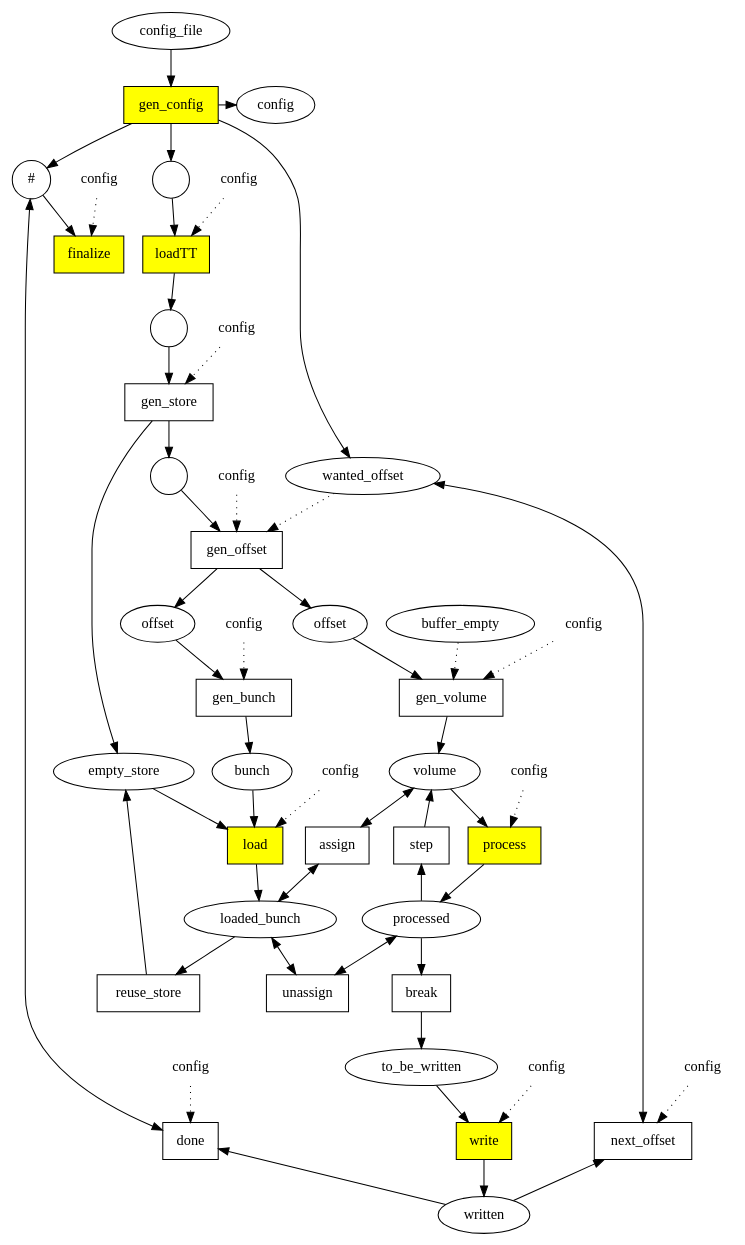
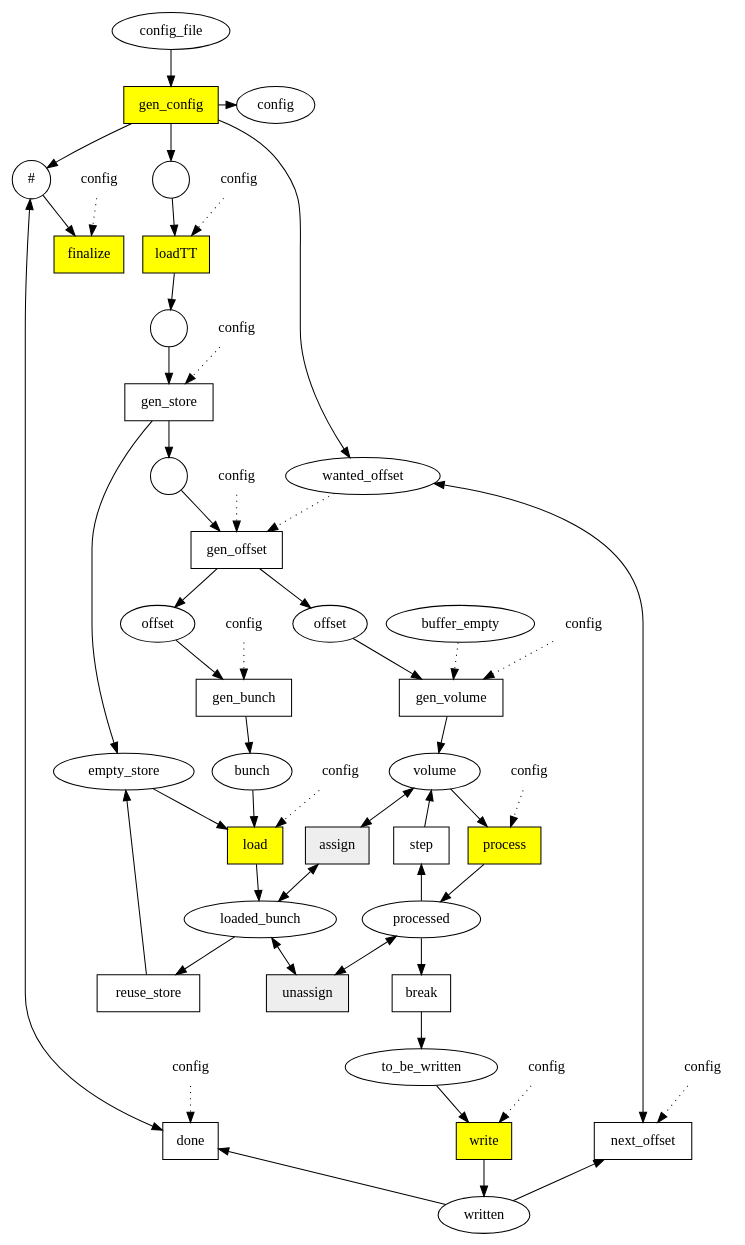
The diagram in trunk/we/trunk/kdm/kdm_short.dot (cc-hpc-itwm/gpispace), drawn with Graphviz before and after one commit. The commit also changed 1 other file, not shown here.

```diff
--- a/trunk/we/trunk/kdm/kdm_short.dot
+++ b/trunk/we/trunk/kdm/kdm_short.dot
@@ -1,111 +1,111 @@
 digraph KDM {
 p0 [label = "config_file", shape = "ellipse"];
 p10 [label = "offset", shape = "ellipse"];
 p12 [label = "bunch", shape = "ellipse"];
 p13 [label = "loaded_bunch", shape = "ellipse"];
 p15 [label = "volume", shape = "ellipse"];
 p16 [label = "processed", shape = "ellipse"];
 p17 [label = "to_be_written", shape = "ellipse"];
 p18 [label = "written", shape = "ellipse"];
 p19 [label = "#", shape = "circle"];
 p2 [label = "", shape = "circle"];
 p20 [label = "buffer_empty", shape = "ellipse"];
 p3 [label = "", shape = "circle"];
 p5 [label = "empty_store", shape = "ellipse"];
 p6 [label = "", shape = "circle"];
 p7 [label = "wanted_offset", shape = "ellipse"];
 p9 [label = "offset", shape = "ellipse"];
 t1 [label = "loadTT", shape = "rectangle", style="filled", fillcolor="yellow"];
 t11 [label = "gen_volume", shape = "rectangle"];
 t15 [label = "reuse_store", shape = "rectangle"];
-t19 [label = "unassign", shape = "rectangle"];
+t19 [label = "unassign", shape = "rectangle", style="filled", fillcolor="#eeeeee"];
 t2 [label = "gen_store", shape = "rectangle"];
 t22 [label = "break", shape = "rectangle"];
 t26 [label = "finalize", shape = "rectangle", style="filled", fillcolor="yellow"];
 t5 [label = "gen_offset", shape = "rectangle"];
 t8 [label = "gen_bunch", shape = "rectangle"];
 subgraph {
 rank = same;
 t18 [label = "process", shape = "rectangle", style="filled", fillcolor="yellow"];
 t21 [label = "step", shape = "rectangle"];
 }
 subgraph {
 rank = same;
 t23 [label = "write", shape = "rectangle", style="filled", fillcolor="yellow"];
 t24 [label = "next_offset", shape = "rectangle"];
 t25 [label = "done", shape = "rectangle"];
 }
 subgraph {
 rank = same;
 p1 [label = "config", shape = "ellipse"];
 t0 [label = "gen_config", shape = "rectangle", style="filled", fillcolor="yellow"];
 }
 subgraph {
 rank=same;
 t14 [label = "load", shape = "rectangle", style="filled", fillcolor="yellow"];
-t16 [label = "assign", shape = "rectangle"];
+t16 [label = "assign", shape = "rectangle", style="filled", fillcolor="#eeeeee"];
 }
 p0 -> t0 [];
 p10 -> t11 [];
 p12 -> t14 [];
 p13 -> t15 [];
 p13 -> t16 [dir="both"];
 p13 -> t19 [dir="both"];
 p15 -> t16 [dir="both"];
 p15 -> t18 [];
 p16 -> t19 [dir="both"];
 p16 -> t21 [];
 p16 -> t22 [];
 p17 -> t23 [];
 p18 -> t24 [];
 p18 -> t25 [];
 p19 -> t25 [dir="both"];
 p19 -> t26 [];
 p1t1 -> t1 [style="dotted"]
 p1t1 [label="config", shape="none"];
 p1t11 -> t11 [style = "dotted"];
 p1t11 [label="config", shape="none"];
 p1t14 -> t14 [style = "dotted"];
 p1t14 [label="config", shape="none"];
 p1t18 -> t18 [style="dotted"]
 p1t18 [label="config", shape="none"];
 p1t2 -> t2 [style = "dotted"];
 p1t2 [label="config", shape="none"];
 p1t23 -> t23 [style="dotted"]
 p1t23 [label="config", shape="none"];
 p1t24 -> t24 [style = "dotted"];
 p1t24 [label="config", shape="none"];
 p1t25 -> t25 [style = "dotted"];
 p1t25 [label="config", shape="none"];
 p1t26 -> t26 [style="dotted"]
 p1t26 [label="config", shape="none"];
 p1t5 -> t5 [style = "dotted"];
 p1t5 [label="config", shape="none"];
 p1t8 -> t8 [style = "dotted"];
 p1t8 [label="config", shape="none"];
 p2 -> t2 [];
 p20 -> t11 [style = "dotted"];
 p3 -> t1 [];
 p5 -> t14 [];
 p6 -> t5 [];
 p7 -> t24 [dir="both"];
 p7 -> t5 [style = "dotted"];
 p9 -> t8 [];
 t0 -> p1 [];
 t0 -> p19 [];
 t0 -> p3 [];
 t0 -> p7 [];
 t1 -> p2 [];
 t11 -> p15 [];
 t14 -> p13 [];
 t15 -> p5 [];
 t18 -> p16 [];
 t2 -> p5 [];
 t2 -> p6 [];
 t21 -> p15 [];
 t22 -> p17 [];
 t23 -> p18 [];
 t5 -> p10 [];
 t5 -> p9 [];
 t8 -> p12 [];
 }
```
